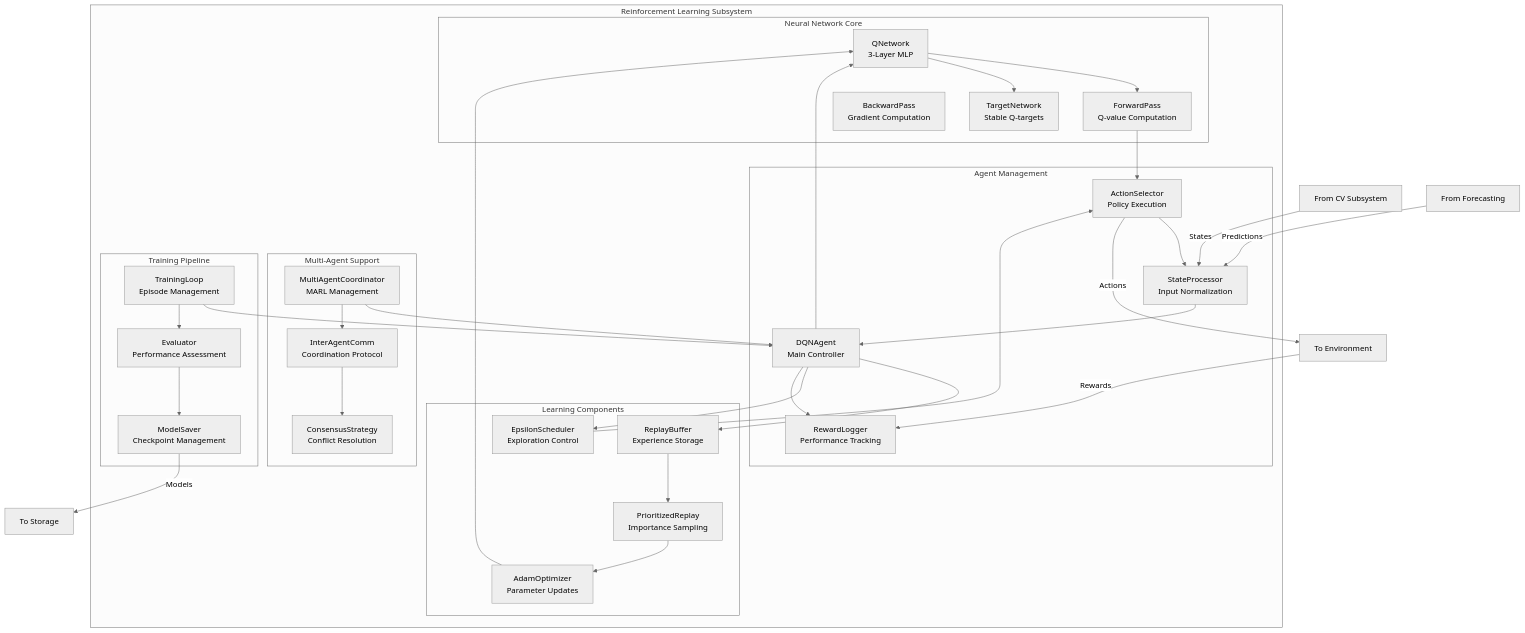
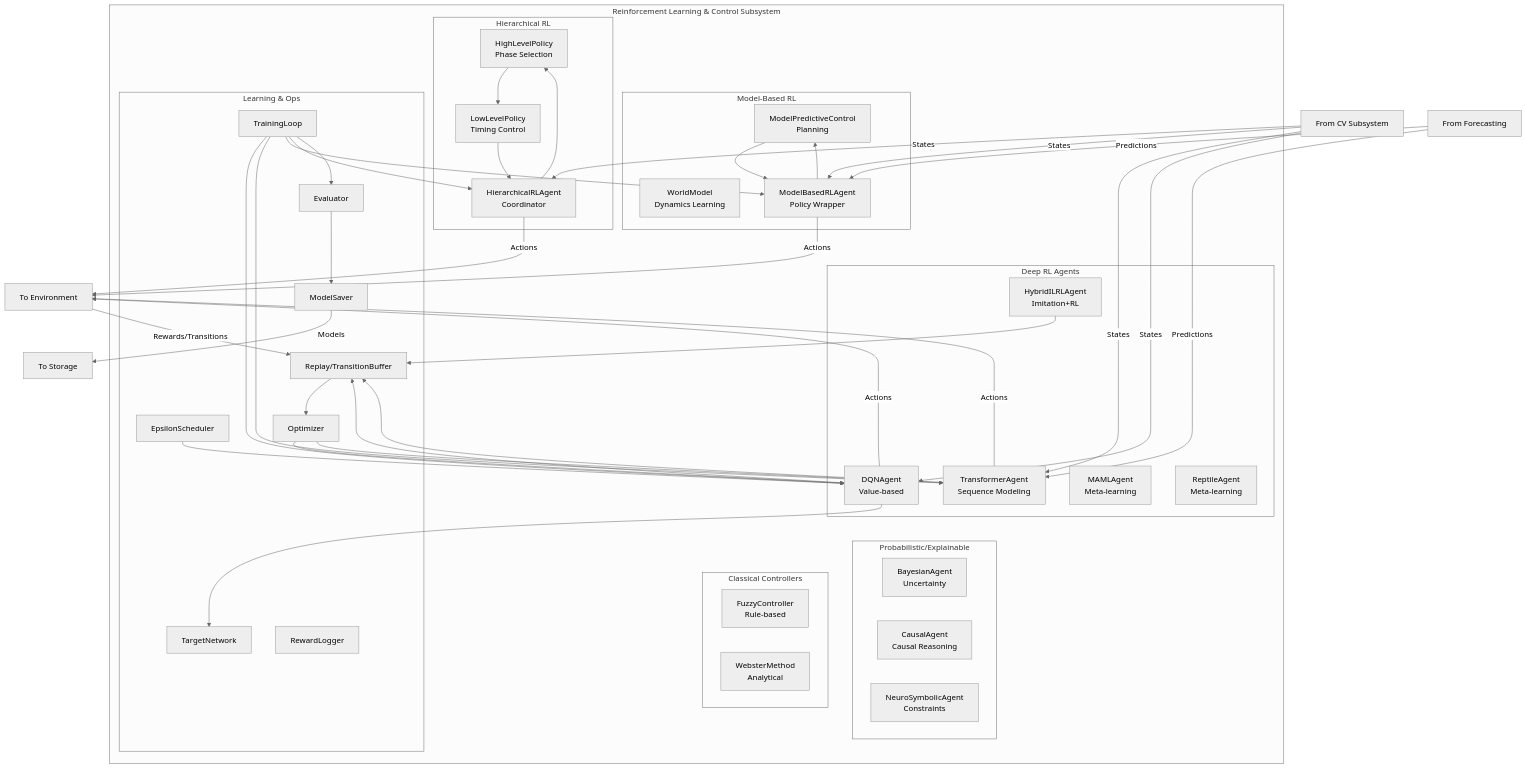
One commit to Bobbymkr/Projects changed the third of 12 diagrams in component_diagram.md. Above: the diagram before and after it, drawn with Mermaid (neutral theme). The commit also changed 16 other files, not shown here.

````diff
--- a/component_diagram.md
+++ b/component_diagram.md
@@ -109,69 +109,88 @@
 ```mermaid
 graph TB
-    subgraph "Reinforcement Learning Subsystem"
-        subgraph "Neural Network Core"
-            QN[QNetwork<br/>3-Layer MLP]
-            TN[TargetNetwork<br/>Stable Q-targets]
-            FP[ForwardPass<br/>Q-value Computation]
-            BP[BackwardPass<br/>Gradient Computation]
+    subgraph "Reinforcement Learning & Control Subsystem"
+        subgraph "Model-Based RL"
+            WM[WorldModel<br/>Dynamics Learning]
+            MPC[ModelPredictiveControl<br/>Planning]
+            MBA[ModelBasedRLAgent<br/>Policy Wrapper]
         end
-        
-        subgraph "Learning Components"
-            RB[ReplayBuffer<br/>Experience Storage]
-            PER[PrioritizedReplay<br/>Importance Sampling]
-            ES[EpsilonScheduler<br/>Exploration Control]
-            OPT[AdamOptimizer<br/>Parameter Updates]
+
+        subgraph "Hierarchical RL"
+            HLP[HighLevelPolicy<br/>Phase Selection]
+            LLP[LowLevelPolicy<br/>Timing Control]
+            HRA[HierarchicalRLAgent<br/>Coordinator]
         end
-        
-        subgraph "Agent Management"
-            DQN[DQNAgent<br/>Main Controller]
-            AS[ActionSelector<br/>Policy Execution]
-            SP[StateProcessor<br/>Input Normalization]
-            RL[RewardLogger<br/>Performance Tracking]
+
+        subgraph "Deep RL Agents"
+            TR[TransformerAgent<br/>Sequence Modeling]
+            DQN[DQNAgent<br/>Value-based]
+            MAML[MAMLAgent<br/>Meta-learning]
+            REPT[ReptileAgent<br/>Meta-learning]
+            HYB[HybridILRLAgent<br/>Imitation+RL]
         end
-        
-        subgraph "Multi-Agent Support"
-            MAC[MultiAgentCoordinator<br/>MARL Management]
-            IC[InterAgentComm<br/>Coordination Protocol]
-            CS[ConsensusStrategy<br/>Conflict Resolution]
+
+        subgraph "Probabilistic/Explainable"
+            BAY[BayesianAgent<br/>Uncertainty]
+            CAU[CausalAgent<br/>Causal Reasoning]
+            NS[NeuroSymbolicAgent<br/>Constraints]
         end
-        
-        subgraph "Training Pipeline"
-            TL[TrainingLoop<br/>Episode Management]
-            EV[Evaluator<br/>Performance Assessment]
-            MS[ModelSaver<br/>Checkpoint Management]
+
+        subgraph "Classical Controllers"
+            FZ[FuzzyController<br/>Rule-based]
+            WB[WebsterMethod<br/>Analytical]
+        end
+
+        subgraph "Learning & Ops"
+            RB[Replay/TransitionBuffer]
+            ES[EpsilonScheduler]
+            OPT[Optimizer]
+            TN[TargetNetwork]
+            TL[TrainingLoop]
+            EV[Evaluator]
+            MS[ModelSaver]
+            RL[RewardLogger]
         end
     end
-    
+
     %% Internal connections
-    DQN --> QN
-    QN --> FP
-    FP --> AS
-    AS --> SP
-    SP --> DQN
-    
+    MBA --> MPC
+    MPC --> MBA
+
+    HRA --> HLP
+    HLP --> LLP
+    LLP --> HRA
+
+    DQN --> TN
     DQN --> RB
-    RB --> PER
-    PER --> OPT
-    OPT --> QN
-    QN --> TN
-    
-    DQN --> ES
-    ES --> AS
-    DQN --> RL
-    
-    MAC --> DQN
-    MAC --> IC
-    IC --> CS
-    
+    TR --> RB
+    HYB --> RB
+
+    RB --> OPT
+    OPT --> DQN
+    OPT --> TR
+
+    ES --> DQN
+
     TL --> DQN
+    TL --> TR
+    TL --> MBA
+    TL --> HRA
     TL --> EV
     EV --> MS
-    
+
     %% External interfaces
-    EXT_CV[From CV Subsystem] -->|States| SP
-    AS -->|Actions| EXT_ENV[To Environment]
-    EXT_ENV -->|Rewards| RL
+    EXT_CV[From CV Subsystem] -->|States| TR
+    EXT_CV -->|States| DQN
+    EXT_CV -->|States| MBA
+    EXT_CV -->|States| HRA
+
+    MBA -->|Actions| EXT_ENV[To Environment]
+    HRA -->|Actions| EXT_ENV
+    TR -->|Actions| EXT_ENV
+    DQN -->|Actions| EXT_ENV
+
+    EXT_ENV -->|Rewards/Transitions| RB
     MS -->|Models| EXT_STORAGE[To Storage]
-    EXT_FORECAST[From Forecasting] -->|Predictions| SP
+    EXT_FORECAST[From Forecasting] -->|Predictions| TR
+    EXT_FORECAST -->|Predictions| MBA
 ```
````
